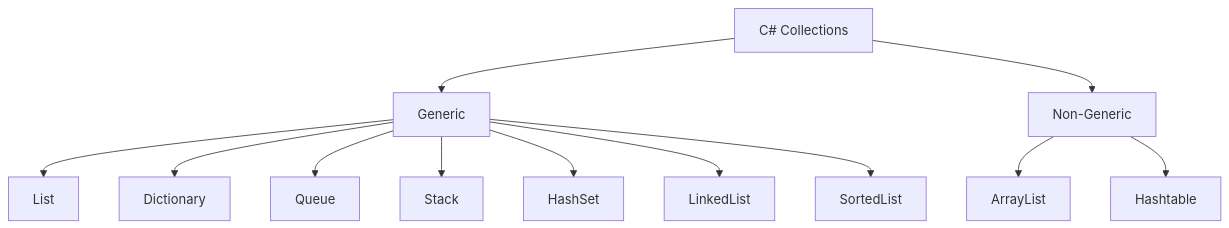
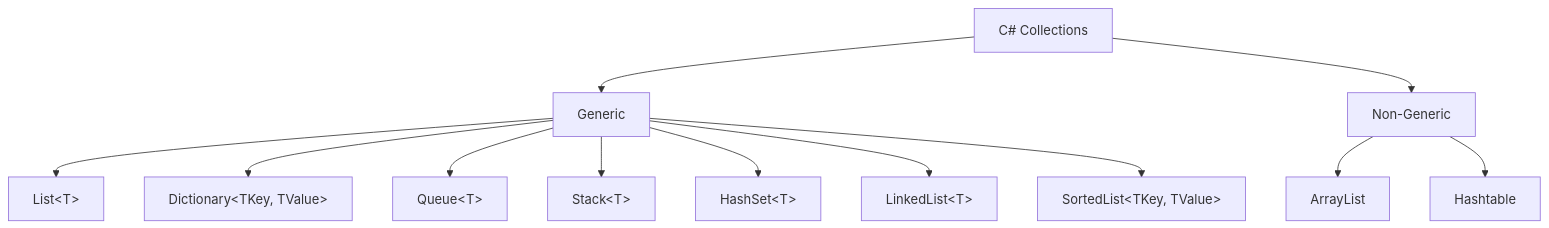
The diagram in Collections.md (buribalkan/C-SHARP-Training), drawn with Mermaid before and after one commit.

````diff
--- a/Collections.md
+++ b/Collections.md
@@ -257,17 +257,17 @@
 ```mermaid
 
 graph TD
     A[C# Collections] --> B[Generic]
     A --> C[Non-Generic]
     
-    B --> D[List<T>]
-    B --> E[Dictionary<TKey, TValue>]
-    B --> F[Queue<T>]
-    B --> G[Stack<T>]
-    B --> H[HashSet<T>]
-    B --> I[LinkedList<T>]
-    B --> J[SortedList<TKey, TValue>]
+    B --> D[List&lt;T&gt;]
+    B --> E[Dictionary&lt;TKey, TValue&gt;]
+    B --> F[Queue&lt;T&gt;]
+    B --> G[Stack&lt;T&gt;]
+    B --> H[HashSet&lt;T&gt;]
+    B --> I[LinkedList&lt;T&gt;]
+    B --> J[SortedList&lt;TKey, TValue&gt;]
     
     C --> K[ArrayList]
     C --> L[Hashtable]
 ```
````
